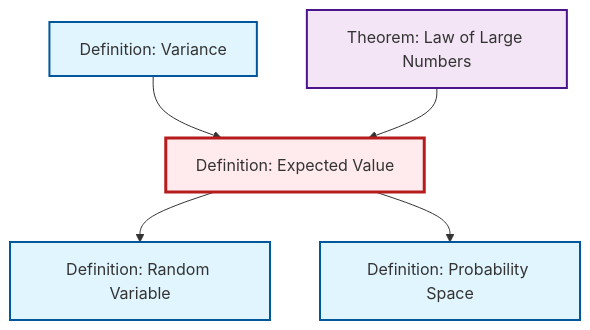
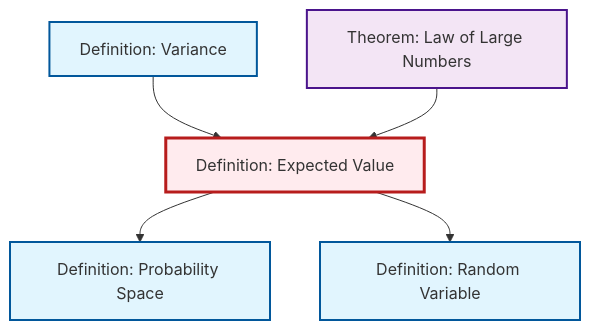
The second of 2 diagrams in content/ja/probability-statistics/def-expectation.qmd (RK0429/ModernMath), drawn with Mermaid before and after one commit. The commit also changed other lines of this file and 615 other files, not shown here.

````diff
--- a/content/ja/probability-statistics/def-expectation.qmd
+++ b/content/ja/probability-statistics/def-expectation.qmd
@@ -82,23 +82,23 @@
 ```{mermaid}
 %%| fig-cap: "Local dependency graph"
 graph TD
     classDef definition fill:#e1f5fe,stroke:#01579b,stroke-width:2px
     classDef theorem fill:#f3e5f5,stroke:#4a148c,stroke-width:2px
     classDef axiom fill:#fff3e0,stroke:#e65100,stroke-width:2px
     classDef example fill:#e8f5e9,stroke:#1b5e20,stroke-width:2px
     classDef current fill:#ffebee,stroke:#b71c1c,stroke-width:3px
+    def-probability-space["Definition: Probability Space"]:::definition
+    def-random-variable["Definition: Random Variable"]:::definition
+    def-expectation["Definition: Expected Value"]:::definition
+    def-variance["Definition: Variance"]:::definition
     thm-law-of-large-numbers["Theorem: Law of Large Numbers"]:::theorem
-    def-expectation["Definition: Expected Value"]:::definition
-    def-random-variable["Definition: Random Variable"]:::definition
-    def-probability-space["Definition: Probability Space"]:::definition
-    def-variance["Definition: Variance"]:::definition
-    def-expectation --> def-random-variable
+    def-expectation --> def-probability-space
     def-variance --> def-expectation
     thm-law-of-large-numbers --> def-expectation
-    def-expectation --> def-probability-space
+    def-expectation --> def-random-variable
     class def-expectation current
+    click def-probability-space "def-probability-space.html" "Definition: Probability Spaceへ"
+    click def-random-variable "def-random-variable.html" "Definition: Random Variableへ"
+    click def-variance "def-variance.html" "Definition: Varianceへ"
     click thm-law-of-large-numbers "thm-law-of-large-numbers.html" "Theorem: Law of Large Numbersへ"
-    click def-random-variable "def-random-variable.html" "Definition: Random Variableへ"
-    click def-probability-space "def-probability-space.html" "Definition: Probability Spaceへ"
-    click def-variance "def-variance.html" "Definition: Varianceへ"
 ```
````
